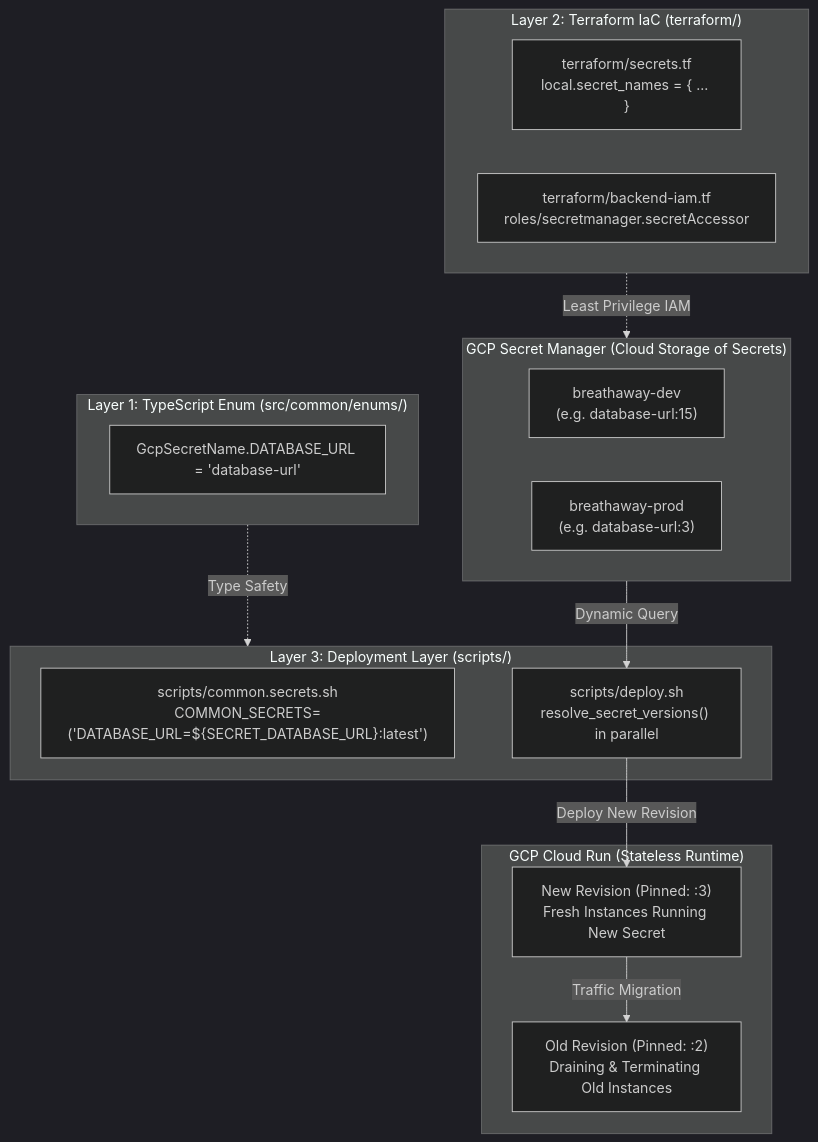
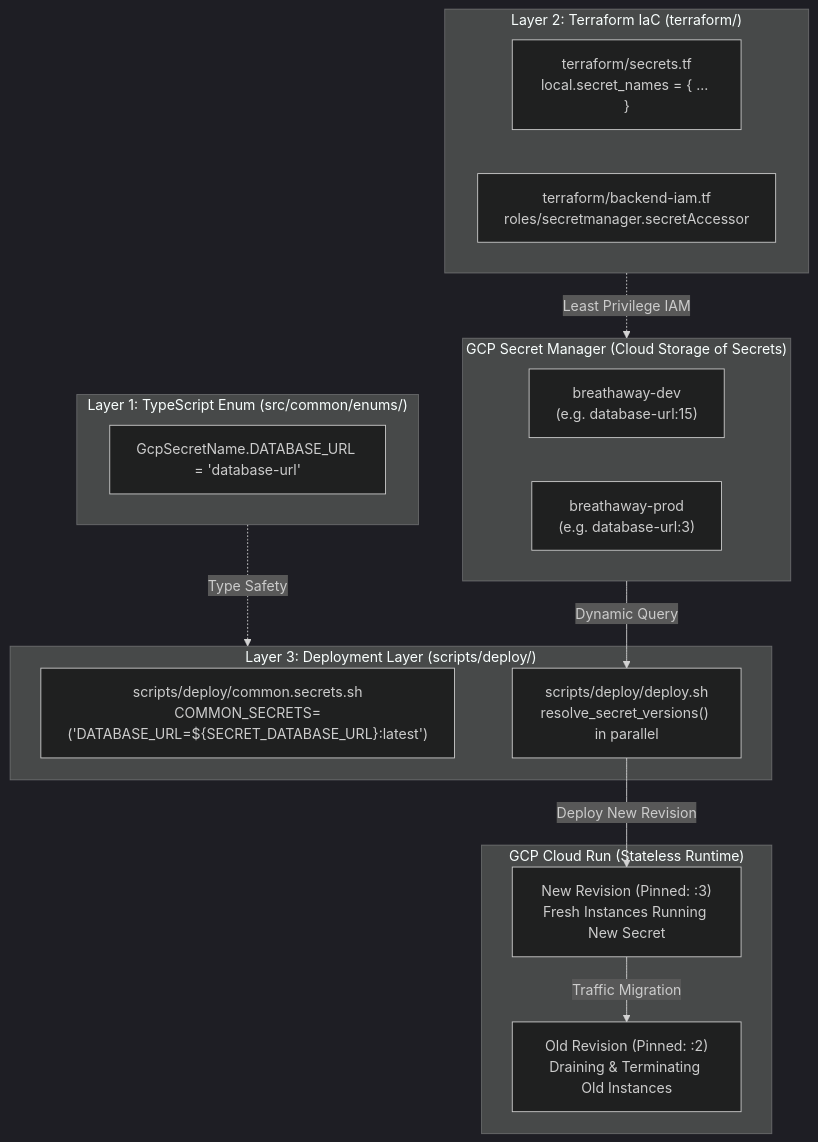
The diagram in docs/docs/secret-rotation.md (SaveSoulApp/Breathaway-Backend), drawn with Mermaid (dark theme) before and after one commit. The commit also changed other lines of this file and 38 other files, not shown here.

````diff
--- a/docs/docs/secret-rotation.md
+++ b/docs/docs/secret-rotation.md
@@ -56,32 +56,32 @@
 ```mermaid
 flowchart TD
     subgraph SecretManager ["GCP Secret Manager (Cloud Storage of Secrets)"]
         SM_DEV["breathaway-dev<br/>(e.g. database-url:15)"]
         SM_PROD["breathaway-prod<br/>(e.g. database-url:3)"]
     end
 
     subgraph Layer1 ["Layer 1: TypeScript Enum (src/common/enums/)"]
         ENUM["GcpSecretName.DATABASE_URL = 'database-url'"]
     end
 
     subgraph Layer2 ["Layer 2: Terraform IaC (terraform/)"]
         TF_NAMES["terraform/secrets.tf<br/>local.secret_names = { ... }"]
         TF_IAM["terraform/backend-iam.tf<br/>roles/secretmanager.secretAccessor"]
     end
 
-    subgraph Layer3 ["Layer 3: Deployment Layer (scripts/)"]
-        SH_CONF["scripts/common.secrets.sh<br/>COMMON_SECRETS=('DATABASE_URL=${SECRET_DATABASE_URL}:latest')"]
-        SH_DEPLOY["scripts/deploy.sh<br/>resolve_secret_versions() in parallel"]
+    subgraph Layer3 ["Layer 3: Deployment Layer (scripts/deploy/)"]
+        SH_CONF["scripts/deploy/common.secrets.sh<br/>COMMON_SECRETS=('DATABASE_URL=${SECRET_DATABASE_URL}:latest')"]
+        SH_DEPLOY["scripts/deploy/deploy.sh<br/>resolve_secret_versions() in parallel"]
     end
 
     subgraph CloudRun ["GCP Cloud Run (Stateless Runtime)"]
         REV_OLD["Old Revision (Pinned: :2)<br/>Draining & Terminating Old Instances"]
         REV_NEW["New Revision (Pinned: :3)<br/>Fresh Instances Running New Secret"]
     end
 
     Layer1 -.->|"Type Safety"| Layer3
     Layer2 -.->|"Least Privilege IAM"| SecretManager
     SecretManager -->|"Dynamic Query"| SH_DEPLOY
     SH_DEPLOY -->|"Deploy New Revision"| REV_NEW
     REV_NEW -->|"Traffic Migration"| REV_OLD
 ```
````
